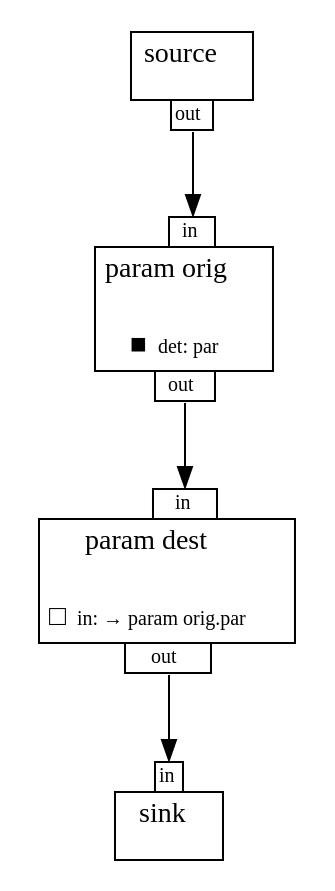
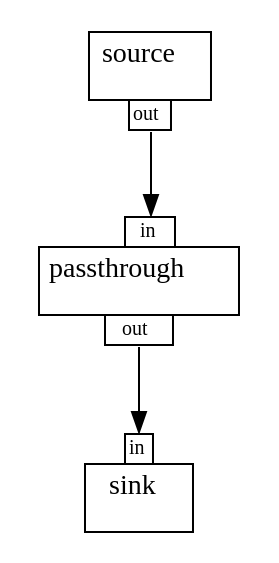
The diagram in fg.gv (dbonattoj/mf), drawn with Graphviz before and after one commit. The commit also changed 4 other files, not shown here.

```diff
--- a/fg.gv
+++ b/fg.gv
@@ -1,20 +1,16 @@
 digraph G{
 	rankdir=TB
 	filter0 [shape=plaintext label=<
 <TABLE BORDER="0" CELLBORDER="0" CELLSPACING="0" CELLPADDING="0"><TR><TD COLSPAN="1" BORDER="1" CELLPADDING="4">source<BR/><FONT POINT-SIZE="10">&nbsp;</FONT></TD></TR><TR><TD COLSPAN="1" BORDER="0"><TABLE BORDER="0" CELLBORDER="0" CELLSPACING="0" CELLPADDING="0"><TR><TD WIDTH="20"></TD><TD BORDER="1" CELLPADDING="1" PORT="out1"><FONT POINT-SIZE="10">out</FONT></TD><TD WIDTH="20"></TD></TR></TABLE></TD></TR></TABLE>
 >];
 	filter2 [shape=plaintext label=<
-<TABLE BORDER="0" CELLBORDER="0" CELLSPACING="0" CELLPADDING="0"><TR><TD WIDTH="20"></TD><TD BORDER="1" CELLPADDING="1" PORT="in3"><FONT POINT-SIZE="10">in</FONT></TD><TD WIDTH="20"></TD></TR><TR><TD COLSPAN="3" BORDER="1" CELLPADDING="4">param orig<BR/><FONT POINT-SIZE="10">&nbsp;</FONT><BR/><BR/>&#x25A0;<FONT POINT-SIZE="10">det: par</FONT><BR/></TD></TR><TR><TD COLSPAN="3" BORDER="0"><TABLE BORDER="0" CELLBORDER="0" CELLSPACING="0" CELLPADDING="0"><TR><TD WIDTH="20"></TD><TD BORDER="1" CELLPADDING="1" PORT="out4"><FONT POINT-SIZE="10">out</FONT></TD><TD WIDTH="20"></TD></TR></TABLE></TD></TR></TABLE>
+<TABLE BORDER="0" CELLBORDER="0" CELLSPACING="0" CELLPADDING="0"><TR><TD WIDTH="20"></TD><TD BORDER="1" CELLPADDING="1" PORT="in3"><FONT POINT-SIZE="10">in</FONT></TD><TD WIDTH="20"></TD></TR><TR><TD COLSPAN="3" BORDER="1" CELLPADDING="4">passthrough<BR/><FONT POINT-SIZE="10">&nbsp;</FONT></TD></TR><TR><TD COLSPAN="3" BORDER="0"><TABLE BORDER="0" CELLBORDER="0" CELLSPACING="0" CELLPADDING="0"><TR><TD WIDTH="20"></TD><TD BORDER="1" CELLPADDING="1" PORT="out4"><FONT POINT-SIZE="10">out</FONT></TD><TD WIDTH="20"></TD></TR></TABLE></TD></TR></TABLE>
 >];
 	filter5 [shape=plaintext label=<
-<TABLE BORDER="0" CELLBORDER="0" CELLSPACING="0" CELLPADDING="0"><TR><TD WIDTH="20"></TD><TD BORDER="1" CELLPADDING="1" PORT="in6"><FONT POINT-SIZE="10">in</FONT></TD><TD WIDTH="20"></TD></TR><TR><TD COLSPAN="3" BORDER="1" CELLPADDING="4">param dest<BR/><FONT POINT-SIZE="10">&nbsp;</FONT><BR/><BR/>&#x25A1;<FONT POINT-SIZE="10">in: &#x2192; param orig.par</FONT><BR/></TD></TR><TR><TD COLSPAN="3" BORDER="0"><TABLE BORDER="0" CELLBORDER="0" CELLSPACING="0" CELLPADDING="0"><TR><TD WIDTH="20"></TD><TD BORDER="1" CELLPADDING="1" PORT="out7"><FONT POINT-SIZE="10">out</FONT></TD><TD WIDTH="20"></TD></TR></TABLE></TD></TR></TABLE>
->];
-	filter8 [shape=plaintext label=<
-<TABLE BORDER="0" CELLBORDER="0" CELLSPACING="0" CELLPADDING="0"><TR><TD WIDTH="20"></TD><TD BORDER="1" CELLPADDING="1" PORT="in9"><FONT POINT-SIZE="10">in</FONT></TD><TD WIDTH="20"></TD></TR><TR><TD COLSPAN="3" BORDER="1" CELLPADDING="4">sink<BR/><FONT POINT-SIZE="10">&nbsp;</FONT></TD></TR></TABLE>
+<TABLE BORDER="0" CELLBORDER="0" CELLSPACING="0" CELLPADDING="0"><TR><TD WIDTH="20"></TD><TD BORDER="1" CELLPADDING="1" PORT="in6"><FONT POINT-SIZE="10">in</FONT></TD><TD WIDTH="20"></TD></TR><TR><TD COLSPAN="3" BORDER="1" CELLPADDING="4">sink<BR/><FONT POINT-SIZE="10">&nbsp;</FONT></TD></TR></TABLE>
 >];
 	filter0:out1 -> filter2:in3 [arrowhead="normal", headlabel=<>, fontsize=10, labelangle=45, labeldistance=2.0, ];
 	filter2:out4 -> filter5:in6 [arrowhead="normal", headlabel=<>, fontsize=10, labelangle=45, labeldistance=2.0, ];
-	filter5:out7 -> filter8:in9 [arrowhead="normal", headlabel=<>, fontsize=10, labelangle=45, labeldistance=2.0, ];
 	{rank=source; filter0}
-	{rank=sink; filter8}
+	{rank=sink; filter5}
 }
```
